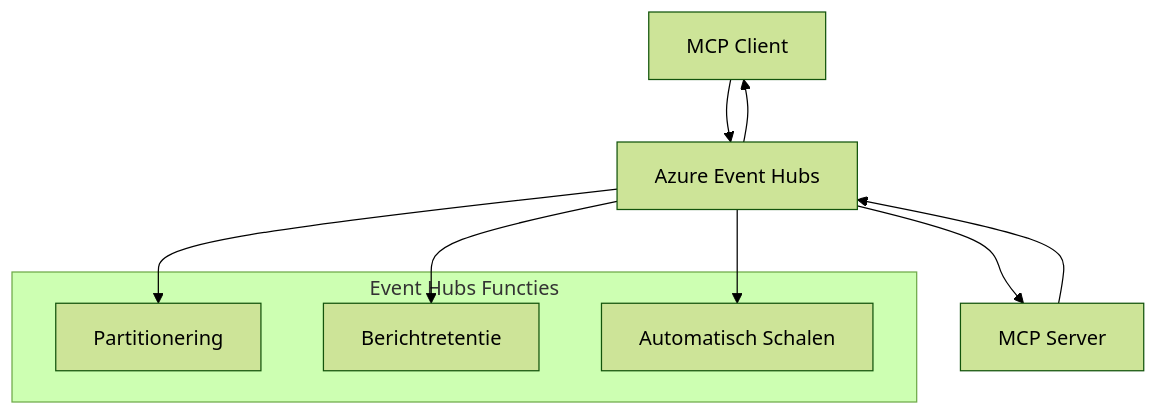
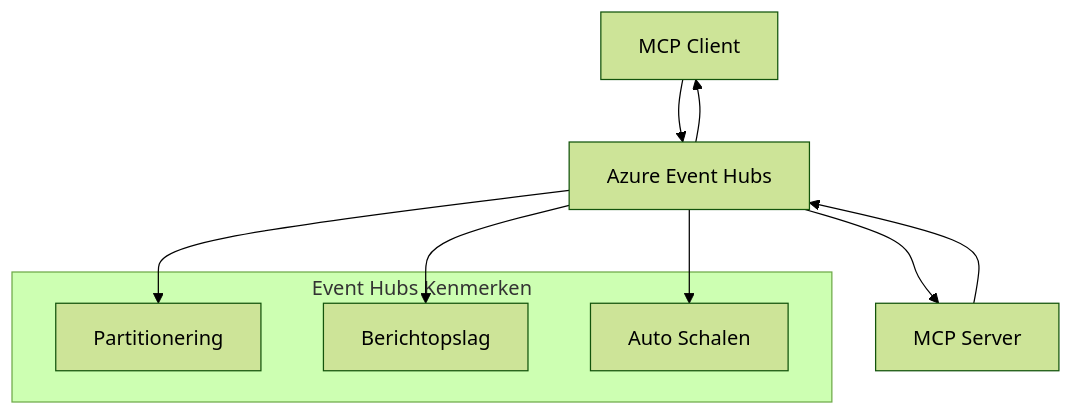
One commit to HIDORAKAI002/ai-workspace-archive changed the second of 2 diagrams in mcp_ecosystem__model_context_protocol/mcp_learning_resources/mcp-for-beginners/translations/nl/05-AdvancedTopics/mcp-transport/README.md. Above: the diagram before and after it, drawn with Mermaid (forest theme). The commit also changed other lines of this file and 1539 other files, not shown here.

````diff
--- a/mcp_ecosystem__model_context_protocol/mcp_learning_resources/mcp-for-beginners/translations/nl/05-AdvancedTopics/mcp-transport/README.md
+++ b/mcp_ecosystem__model_context_protocol/mcp_learning_resources/mcp-for-beginners/translations/nl/05-AdvancedTopics/mcp-transport/README.md
@@ -269,17 +270,17 @@
 ```mermaid
 graph TB
     Client[MCP Client] --> EH[Azure Event Hubs]
     EH --> Server[MCP Server]
     Server --> EH
     EH --> Client
     
-    subgraph "Event Hubs Functies"
+    subgraph "Event Hubs Kenmerken"
         Partition[Partitionering]
-        Retention[Berichtretentie]
-        Scaling[Automatisch Schalen]
+        Retention[Berichtopslag]
+        Scaling[Auto Schalen]
     end
     
     EH --> Partition
     EH --> Retention
     EH --> Scaling
 ```
````
